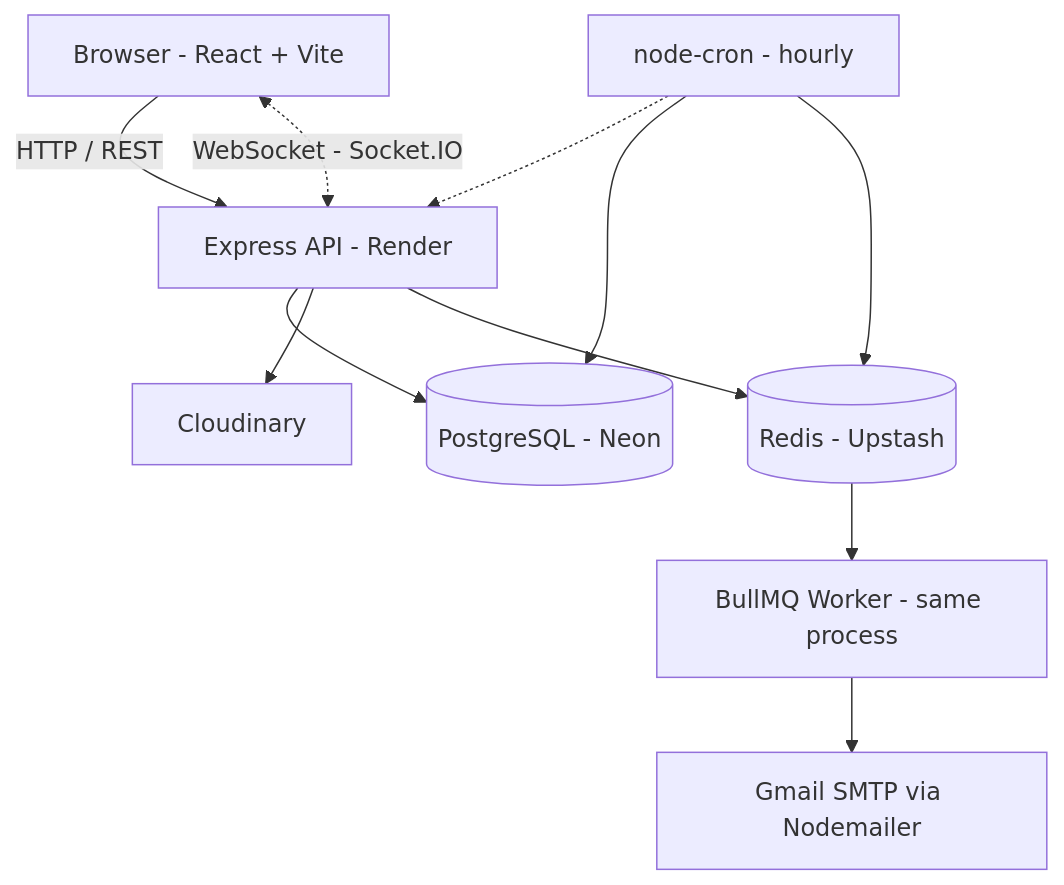
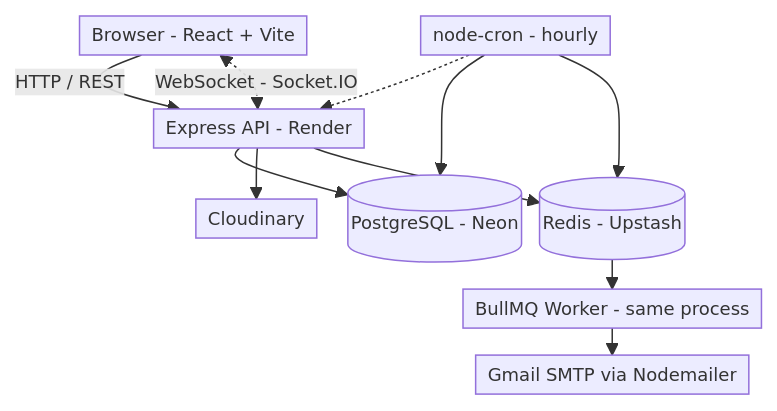
Before and after one commit to Suyash121212/SocietyTrack: the first of 8 diagrams in SYSTEM_DESIGN.md, drawn with Mermaid. The commit also changed other lines of this file, not shown here.

````diff
--- a/SYSTEM_DESIGN.md
+++ b/SYSTEM_DESIGN.md
@@ -12,13 +10,14 @@
 ```mermaid
+%%{init: {'themeVariables': {'fontSize': '12px'}, 'flowchart': {'nodeSpacing': 12, 'rankSpacing': 18, 'padding': 4}}}%%
 flowchart TB
     A[Browser - React + Vite] -->|HTTP / REST| B[Express API - Render]
     A <-.->|WebSocket - Socket.IO| B
     B --> C[(PostgreSQL - Neon)]
     B --> D[Cloudinary]
     B --> E[(Redis - Upstash)]
     E --> G[BullMQ Worker - same process]
     G --> F[Gmail SMTP via Nodemailer]
     H[node-cron - hourly] -.-> B
     H --> C
     H --> E
 ```
````
